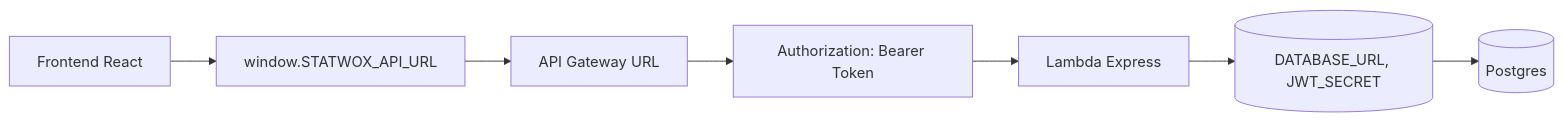
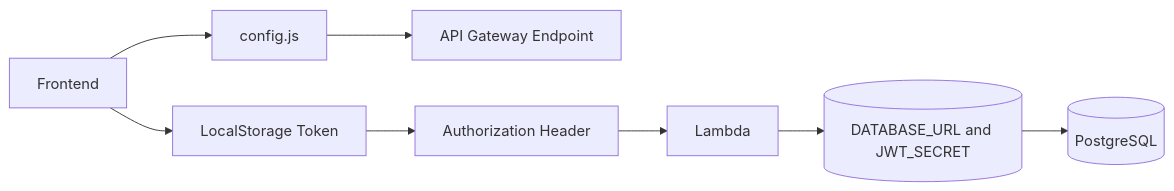
One commit to MrCh0p808/StatWoX changed the second of 3 diagrams in README.md. Above: the diagram before and after it, drawn with Mermaid. The commit also changed other lines of this file, not shown here.

````diff
--- a/README.md
+++ b/README.md
@@ -79,9 +170,10 @@
 ```mermaid
 flowchart LR
-    FE[Frontend React] --> CFG[window.STATWOX_API_URL]
-    CFG --> API[API Gateway URL]
-    API --> JWT[Authorization: Bearer Token]
-    JWT --> LAMBDA[Lambda Express]
-    LAMBDA --> ENV[(DATABASE_URL, JWT_SECRET)]
-    ENV --> DB[(Postgres)]
+    FE[Frontend] --> CONFIG[config.js]
+    CONFIG --> APIURL[API Gateway Endpoint]
+    FE --> TOKEN[LocalStorage Token]
+    TOKEN --> HeaderAuth[Authorization Header]
+    HeaderAuth --> Lambda
+    Lambda --> EnvVars[(DATABASE_URL and JWT_SECRET)]
+    EnvVars --> Postgres[(PostgreSQL)]
 ```
````
